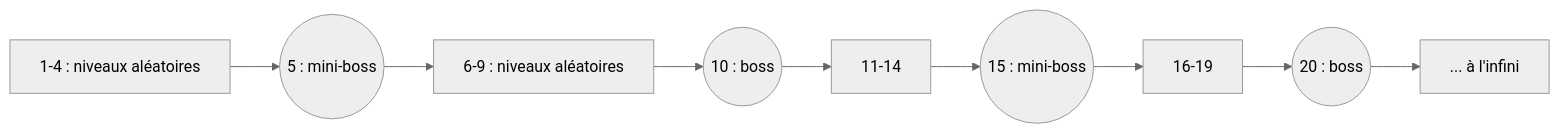
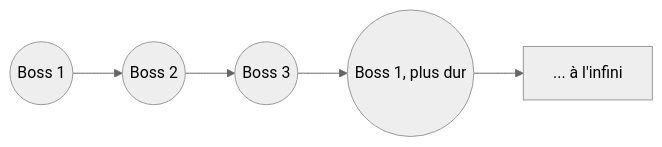
One commit to Bisiaux-dev/public-vault changed the second of 2 diagrams in content/2D-Game/ideas/pierre/Bullet hell roguelike.md. Above: the diagram before and after it, drawn with Mermaid (neutral theme). The commit also changed other lines of this file and 31 other files, not shown here.

````diff
--- a/content/2D-Game/ideas/pierre/Bullet hell roguelike.md
+++ b/content/2D-Game/ideas/pierre/Bullet hell roguelike.md
@@ -49,11 +50,4 @@
 ```mermaid
 flowchart LR
-    N1[1-4 : niveaux aléatoires] --> MB5((5 : mini-boss))
-    MB5 --> N6[6-9 : niveaux aléatoires]
-    N6 --> B10((10 : boss))
-    B10 --> N11[11-14]
-    N11 --> MB15((15 : mini-boss))
-    MB15 --> N16[16-19]
-    N16 --> B20((20 : boss))
-    B20 --> INF[... à l'infini]
+    B1((Boss 1)) --> B2((Boss 2)) --> B3((Boss 3)) --> B1b((Boss 1, plus dur)) --> INF[... à l'infini]
 ```
````
